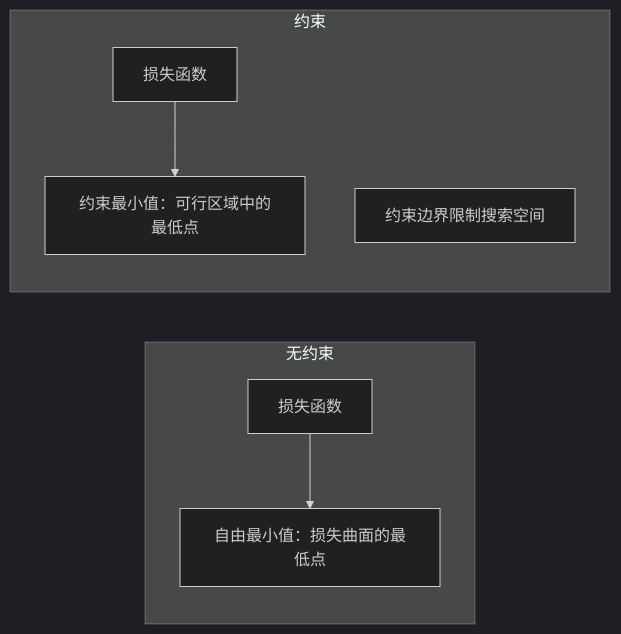
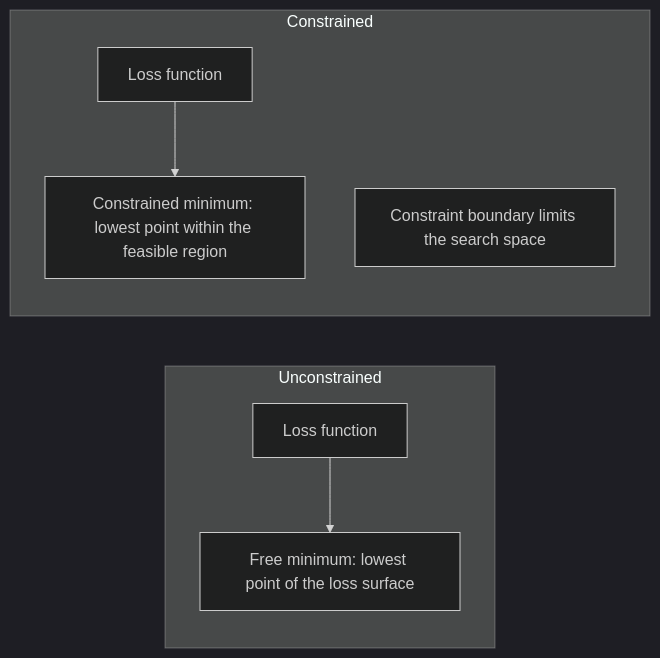
Before and after one commit to xiaojiaenen/ai-engineering-from-scratch-zh: the third of 4 diagrams in i18n/zh/phases/01-math-foundations/18-convex-optimization/docs/zh.md, drawn with Mermaid (dark theme). The commit also changed other lines of this file and 22 other files, not shown here.

````diff
--- a/i18n/zh/phases/01-math-foundations/18-convex-optimization/docs/zh.md
+++ b/i18n/zh/phases/01-math-foundations/18-convex-optimization/docs/zh.md
@@ -204,10 +204,10 @@
 ```mermaid
 graph LR
-    subgraph "无约束"
-        U1["损失函数"] --> U2["自由最小值：损失曲面的最低点"]
+    subgraph "Unconstrained"
+        U1["Loss function"] --> U2["Free minimum: lowest point of the loss surface"]
     end
-    subgraph "约束"
-        C1["损失函数"] --> C2["约束最小值：可行区域中的最低点"]
-        C3["约束边界限制搜索空间"]
+    subgraph "Constrained"
+        C1["Loss function"] --> C2["Constrained minimum: lowest point within the feasible region"]
+        C3["Constraint boundary limits the search space"]
     end
 ```
````
